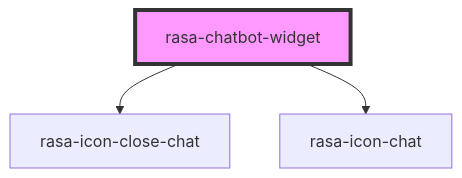
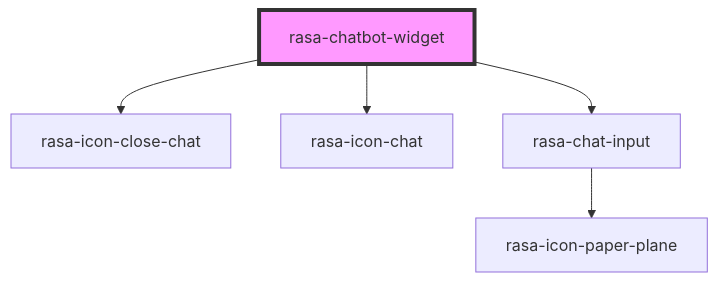
One commit to RasaHQ/chat-widget changed the diagram in packages/web-component/src/rasa-chatbot-widget/readme.md. Above: the diagram before and after it, drawn with Mermaid. The commit also changed other lines of this file and 14 other files, not shown here.

Commit message:
Adds: User input component, paper-plane icon, placeholder mixin, user input specific style tokens

````diff
--- a/packages/web-component/src/rasa-chatbot-widget/readme.md
+++ b/packages/web-component/src/rasa-chatbot-widget/readme.md
@@ -23,6 +24,8 @@
 ```mermaid
 graph TD;
   rasa-chatbot-widget --> rasa-icon-close-chat
   rasa-chatbot-widget --> rasa-icon-chat
+  rasa-chatbot-widget --> rasa-chat-input
+  rasa-chat-input --> rasa-icon-paper-plane
   style rasa-chatbot-widget fill:#f9f,stroke:#333,stroke-width:4px
 ```
````
